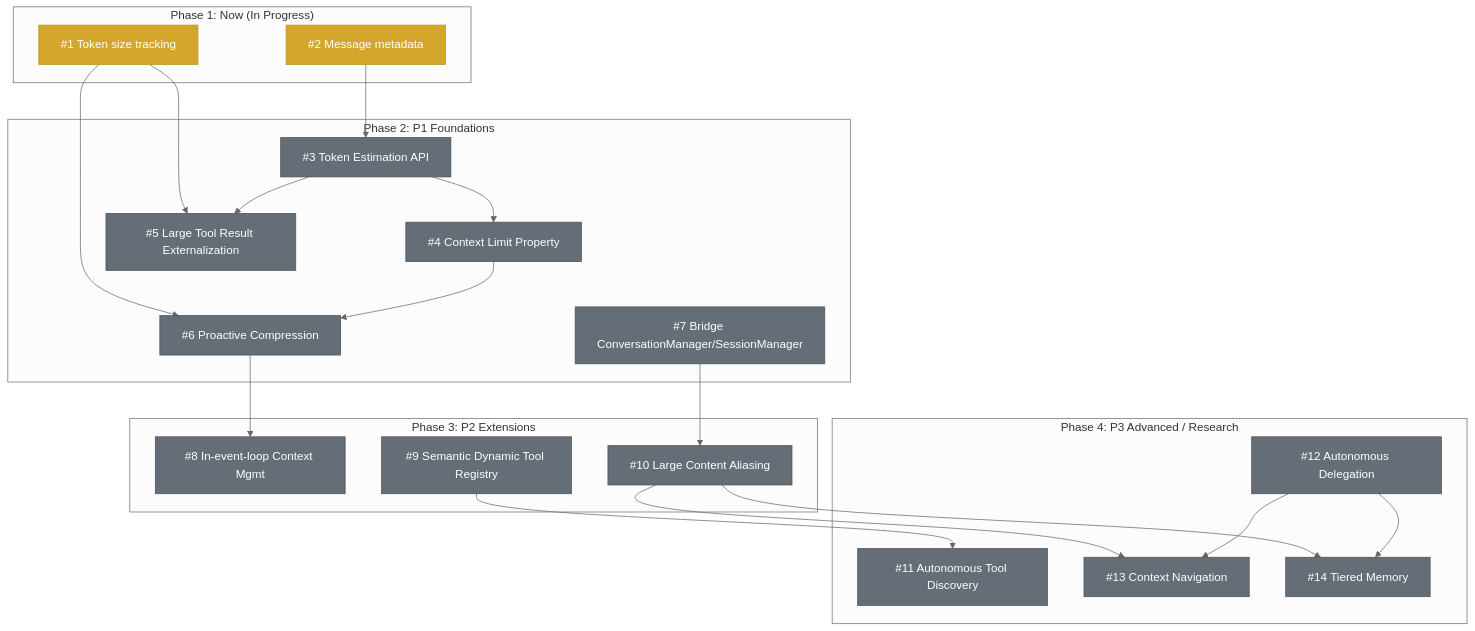
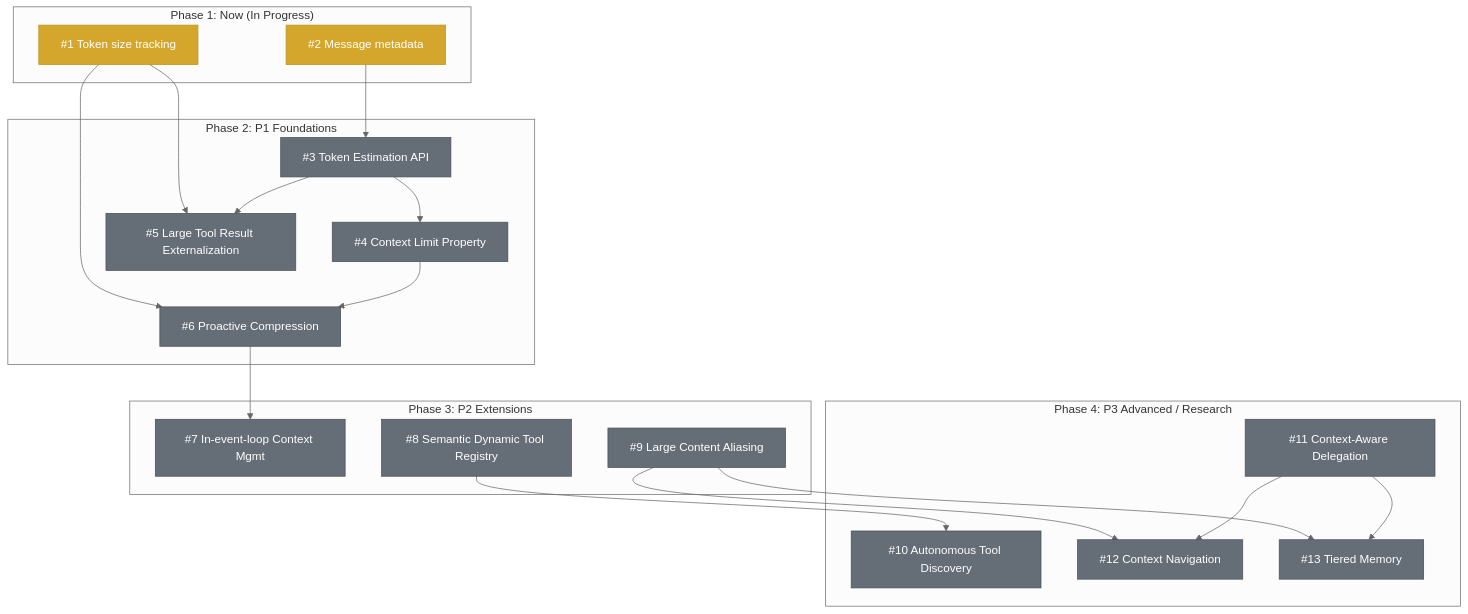
Before and after one commit to lizradway/strands-mono: the diagram in context-management/docs/ROADMAP.md, drawn with Mermaid (neutral theme). The commit also changed other lines of this file, not shown here.

````diff
--- a/context-management/docs/ROADMAP.md
+++ b/context-management/docs/ROADMAP.md
@@ -62,49 +58,47 @@
 ```mermaid
 graph TD
     subgraph "Phase 1: Now (In Progress)"
         T1["#1 Token size tracking"]
         T2["#2 Message metadata"]
     end
 
     subgraph "Phase 2: P1 Foundations"
         T3["#3 Token Estimation API"]
         T4["#4 Context Limit Property"]
         T5["#5 Large Tool Result Externalization"]
         T6["#6 Proactive Compression"]
-        T7["#7 Bridge ConversationManager/SessionManager"]
     end
 
     subgraph "Phase 3: P2 Extensions"
-        T8["#8 In-event-loop Context Mgmt"]
-        T9["#9 Semantic Dynamic Tool Registry"]
-        T10["#10 Large Content Aliasing"]
+        T7["#7 In-event-loop Context Mgmt"]
+        T8["#8 Semantic Dynamic Tool Registry"]
+        T9["#9 Large Content Aliasing"]
     end
 
     subgraph "Phase 4: P3 Advanced / Research"
-        T11["#11 Autonomous Tool Discovery"]
-        T12["#12 Autonomous Delegation"]
-        T13["#13 Context Navigation"]
-        T14["#14 Tiered Memory"]
+        T10["#10 Autonomous Tool Discovery"]
+        T11["#11 Context-Aware Delegation"]
+        T12["#12 Context Navigation"]
+        T13["#13 Tiered Memory"]
     end
 
     T2 --> T3
     T3 --> T4
     T1 --> T6
     T4 --> T6
     T1 --> T5
     T3 --> T5
-    T6 --> T8
-    T7 --> T10
-    T9 --> T11
-    T10 --> T13
-    T12 --> T13
-    T10 --> T14
-    T12 --> T14
+    T6 --> T7
+    T8 --> T10
+    T9 --> T12
+    T11 --> T12
+    T9 --> T13
+    T11 --> T13
 
     classDef inprogress fill:#d4a72c,color:#fff,stroke:#b8941f
     classDef todo fill:#656d76,color:#fff,stroke:#4a5058
     classDef done fill:#2da44e,color:#fff,stroke:#238636
 
     class T1,T2 inprogress
-    class T3,T4,T5,T6,T7,T8,T9,T10,T11,T12,T13,T14 todo
+    class T3,T4,T5,T6,T7,T8,T9,T10,T11,T12,T13 todo
 ```
````
